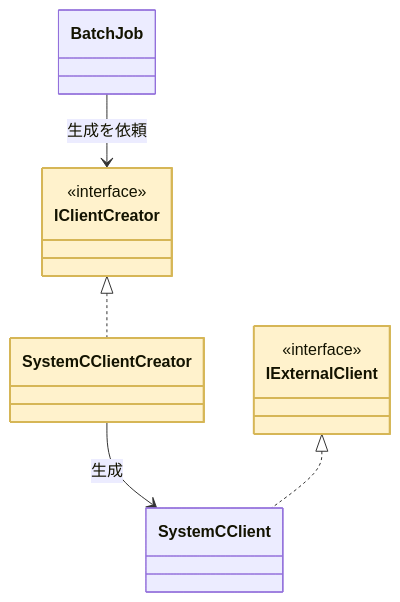
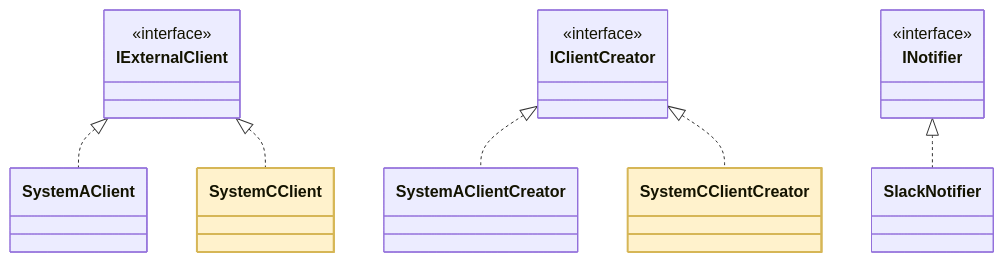
The ninth of 16 diagrams in kindle/design-patterns/output/chapter10.md (kumachan1101-pixel/DesignPattern), drawn with Mermaid before and after one commit. The commit also changed other lines of this file, not shown here.

````diff
--- a/kindle/design-patterns/output/chapter10.md
+++ b/kindle/design-patterns/output/chapter10.md
@@ -1575,16 +1942,19 @@
 ```mermaid
 classDiagram
-    class BatchJob
+    class IExternalClient { <<interface>> }
+    class SystemAClient
+    class SystemCClient
     class IClientCreator { <<interface>> }
+    class SystemAClientCreator
     class SystemCClientCreator
-    class IExternalClient { <<interface>> }
-    class SystemCClient
-    BatchJob --> IClientCreator : 生成を依頼
+    class INotifier { <<interface>> }
+    class SlackNotifier
+    IExternalClient <|.. SystemAClient
+    IExternalClient <|.. SystemCClient
+    IClientCreator <|.. SystemAClientCreator
     IClientCreator <|.. SystemCClientCreator
-    SystemCClientCreator --> SystemCClient : 生成
-    IExternalClient <|.. SystemCClient
-    class IClientCreator:::focus
-    class IExternalClient:::focus
+    INotifier <|.. SlackNotifier
+    class SystemCClient:::focus
     class SystemCClientCreator:::focus
     classDef focus fill:#FFF2CC,stroke:#D6B656,stroke-width:2px
 ```
````
